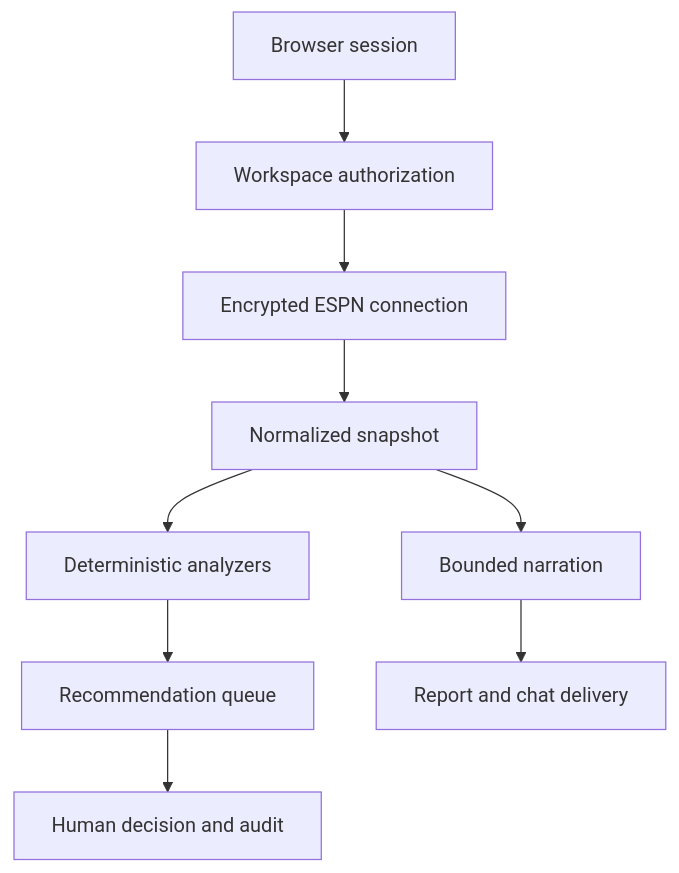
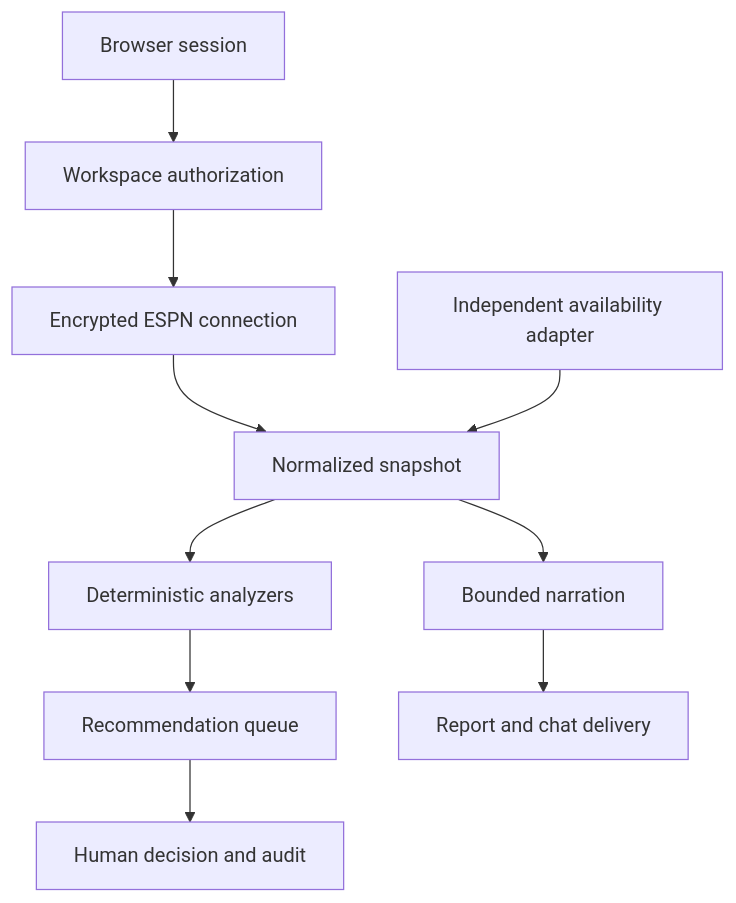
One commit to QuntmTech/LEAGUEPILOT-AI- changed the diagram in docs/ARCHITECTURE.md. Above: the diagram before and after it, drawn with Mermaid. The commit also changed other lines of this file and 24 other files, not shown here.

Commit message:
feat: add independent availability and retention engine

````diff
--- a/docs/ARCHITECTURE.md
+++ b/docs/ARCHITECTURE.md
@@ -5,11 +5,12 @@
 ```mermaid
 flowchart TD
     A[Browser session] --> B[Workspace authorization]
     B --> C[Encrypted ESPN connection]
     C --> D[Normalized snapshot]
+    J[Independent availability adapter] --> D
     D --> E[Deterministic analyzers]
     E --> F[Recommendation queue]
     F --> G[Human decision and audit]
     D --> H[Bounded narration]
     H --> I[Report and chat delivery]
 ```
````
